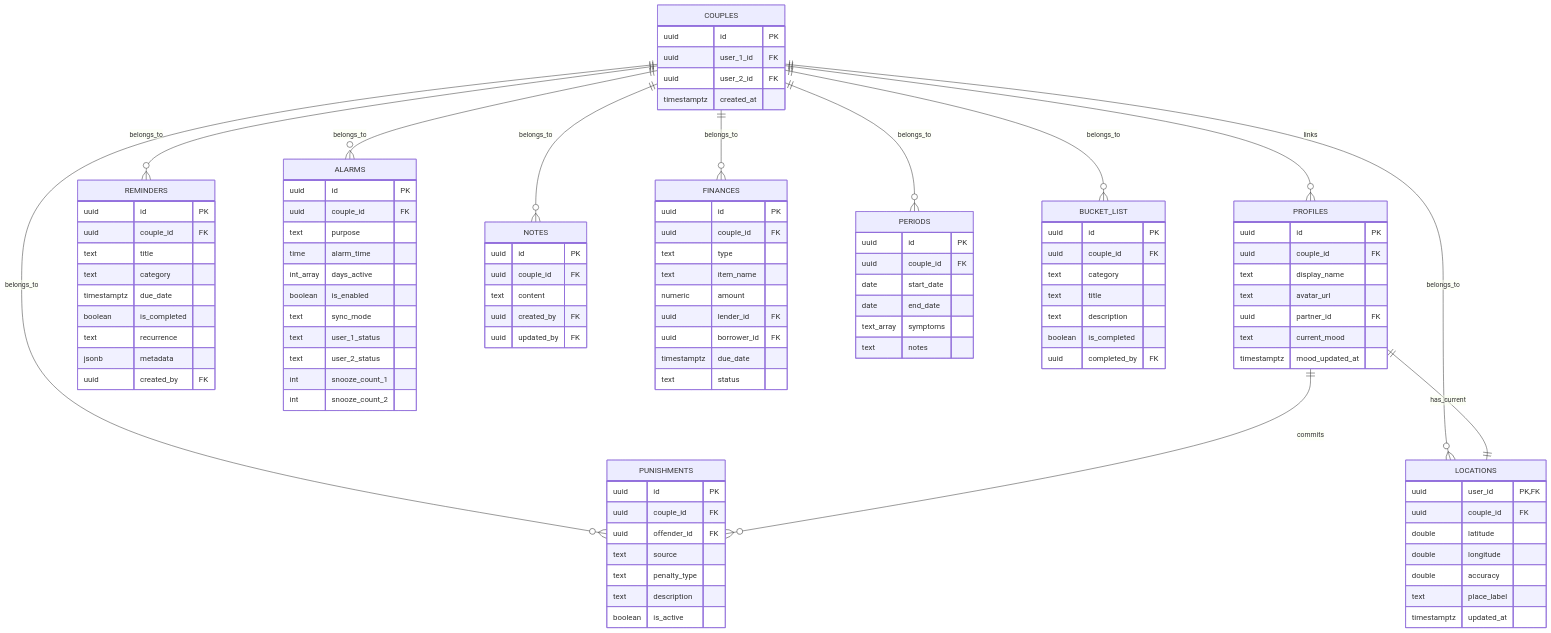
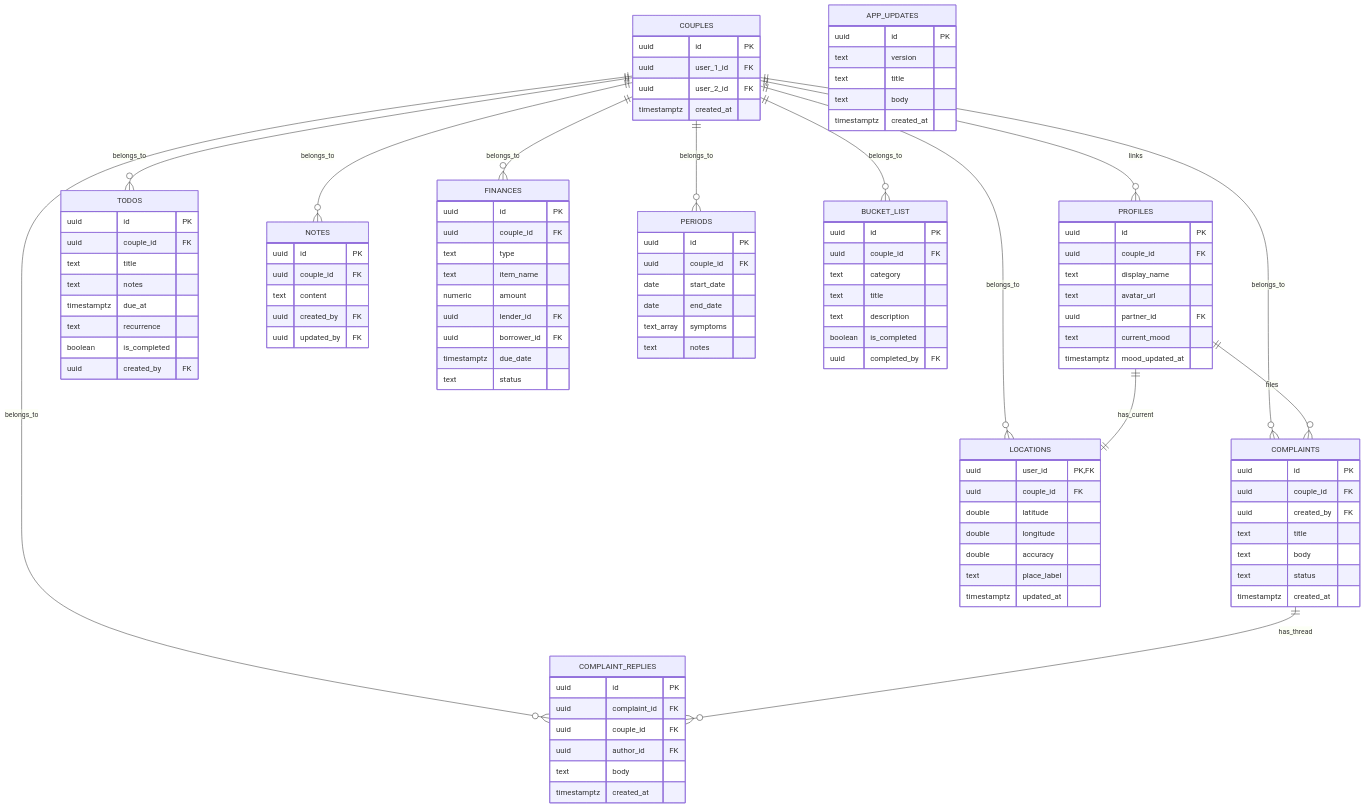
Before and after one commit to Adarsh-Aravind/NOVIA: the diagram in README.md, drawn with Mermaid. The commit also changed other lines of this file and 28 other files, not shown here.

First line of the commit message:
refactor: overhaul app features, replace alarms/reminders with complaints/todos

````diff
--- a/README.md
+++ b/README.md
@@ -85,38 +86,39 @@
     text current_mood
     timestamptz mood_updated_at
   }
-  REMINDERS {
+  COMPLAINTS {
+    uuid id PK
+    uuid couple_id FK
+    uuid created_by FK
+    text title
+    text body
+    text status
+    timestamptz created_at
+  }
+  COMPLAINT_REPLIES {
+    uuid id PK
+    uuid complaint_id FK
+    uuid couple_id FK
+    uuid author_id FK
+    text body
+    timestamptz created_at
+  }
+  TODOS {
     uuid id PK
     uuid couple_id FK
     text title
-    text category
-    timestamptz due_date
+    text notes
+    timestamptz due_at
+    text recurrence
     boolean is_completed
-    text recurrence
-    jsonb metadata
     uuid created_by FK
   }
-  ALARMS {
+  APP_UPDATES {
     uuid id PK
-    uuid couple_id FK
-    text purpose
-    time alarm_time
-    int_array days_active
-    boolean is_enabled
-    text sync_mode
-    text user_1_status
-    text user_2_status
-    int snooze_count_1
-    int snooze_count_2
-  }
-  PUNISHMENTS {
-    uuid id PK
-    uuid couple_id FK
-    uuid offender_id FK
-    text source
-    text penalty_type
-    text description
-    boolean is_active
+    text version
+    text title
+    text body
+    timestamptz created_at
   }
   NOTES {
     uuid id PK
@@ -164,14 +166,15 @@
   }
 
   COUPLES ||--o{ PROFILES : "links"
-  COUPLES ||--o{ REMINDERS : "belongs_to"
-  COUPLES ||--o{ ALARMS : "belongs_to"
-  COUPLES ||--o{ PUNISHMENTS : "belongs_to"
+  COUPLES ||--o{ COMPLAINTS : "belongs_to"
+  COUPLES ||--o{ COMPLAINT_REPLIES : "belongs_to"
+  COUPLES ||--o{ TODOS : "belongs_to"
   COUPLES ||--o{ NOTES : "belongs_to"
   COUPLES ||--o{ FINANCES : "belongs_to"
   COUPLES ||--o{ PERIODS : "belongs_to"
   COUPLES ||--o{ BUCKET_LIST : "belongs_to"
   COUPLES ||--o{ LOCATIONS : "belongs_to"
-  PROFILES ||--o{ PUNISHMENTS : "commits"
+  COMPLAINTS ||--o{ COMPLAINT_REPLIES : "has_thread"
+  PROFILES ||--o{ COMPLAINTS : "files"
   PROFILES ||--|| LOCATIONS : "has_current"
 ```
````
